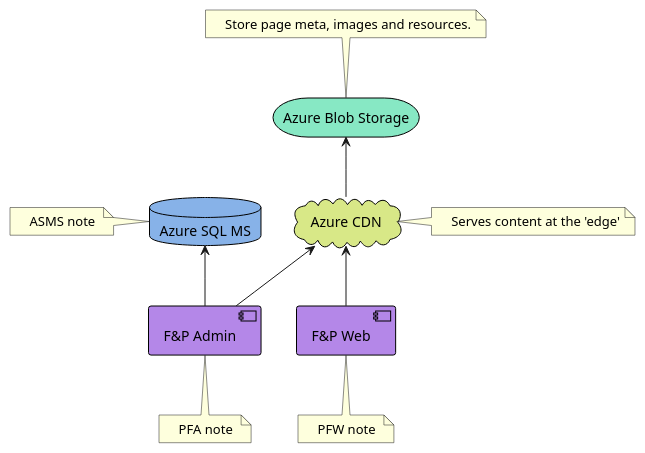
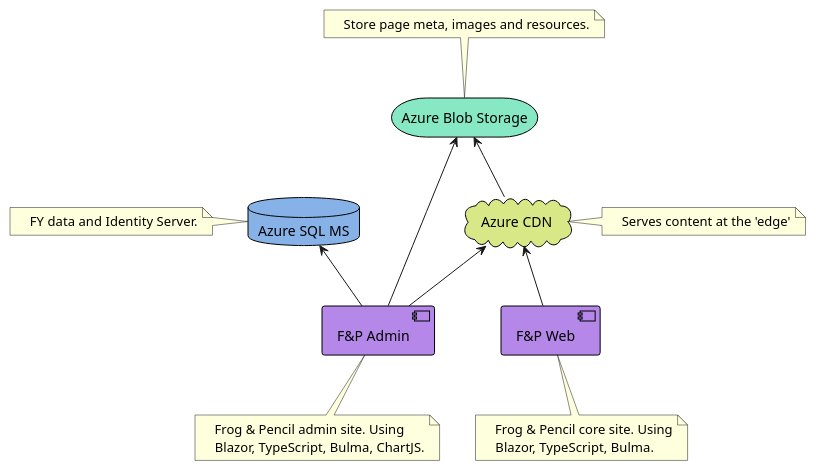
Before and after one commit to bearandhammer/knowledge-vault: the second of 2 diagrams in obsidian-vault/🐸 Frog & Pencil/Architecture Diagram.md, drawn with PlantUML.

Commit message:
Lews PC vault backup: 06/04/2022 22:18:00
Affected files:
obsidian-vault/🐸 Frog & Pencil/Architecture Diagram.md

````diff
--- a/obsidian-vault/🐸 Frog & Pencil/Architecture Diagram.md
+++ b/obsidian-vault/🐸 Frog & Pencil/Architecture Diagram.md
@@ -33,65 +33,67 @@
 ```plantuml
 <style>
 component {
 	BackgroundColor #b487e8
 	LineThickness 1
 	LineColor black
 }
 cloud {
 	BackgroundColor #d8e887
 	LineThickness 1
 	LineColor black
 }
 database {
 	BackgroundColor #87b2e8
 	LineThickness 1
 	LineColor black
 }
 storage {
 	BackgroundColor #87e8c4
 	LineThickness 1
 	LineColor black
 }
 </style>
 
 storage "Azure Blob Storage" as ABS {
 }
 
 database "Azure SQL MS" as ASMS {
 }
 
 component "F&P Web" as FPW {
 }
 
 component "F&P Admin" as FPA {
 }
 
 cloud "Azure CDN" as ACDN {
 }
 
 note top of ABS  
     Store page meta, images and resources.
 end note
 
 note bottom of FPW  
-    PFW note 
+    Frog & Pencil core site. Using
+    Blazor, TypeScript, Bulma. 
 end note
 
 note bottom of FPA
-    PFA note 
+    Frog & Pencil admin site. Using
+    Blazor, TypeScript, Bulma, ChartJS.
 end note
 
 note left of ASMS
-    ASMS note 
+    FY data and Identity Server.
 end note
 
 note right of ACDN
     Serves content at the 'edge'
 end note
 
-
 ABS <-- ACDN
 ACDN <-- FPW
+ABS <-- FPA
 ACDN <-- FPA
 ASMS <-- FPA
 ```
````
